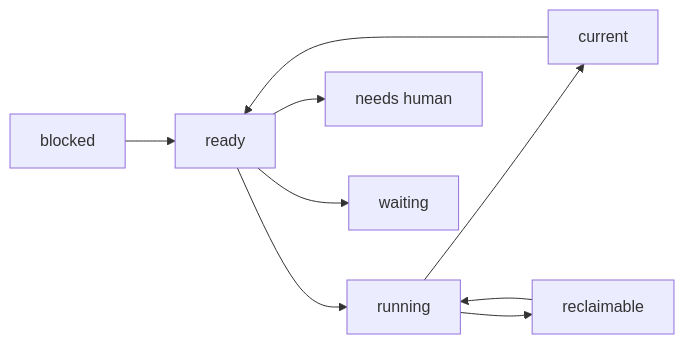
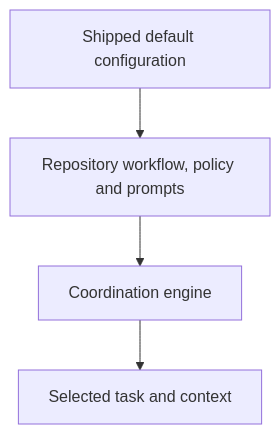
One commit to david-rzepa/zzzops changed the second of 2 diagrams in docs/WHITEPAPER.md. Above: the diagram before and after it, drawn with Mermaid. The commit also changed other lines of this file and 2 other files, not shown here.

````diff
--- a/docs/WHITEPAPER.md
+++ b/docs/WHITEPAPER.md
@@ -58,11 +52,6 @@
 ```mermaid
-flowchart LR
-  B[blocked] --> R[ready]
-  R --> L[running]
-  L --> C[current]
-  L --> E[reclaimable]
-  E --> L
-  C --> R
-  R --> H[needs human]
-  R --> W[waiting]
+flowchart TB
+  D[Shipped default configuration] --> W[Repository workflow, policy and prompts]
+  W --> E[Coordination engine]
+  E --> H[Selected task and context]
 ```
````
